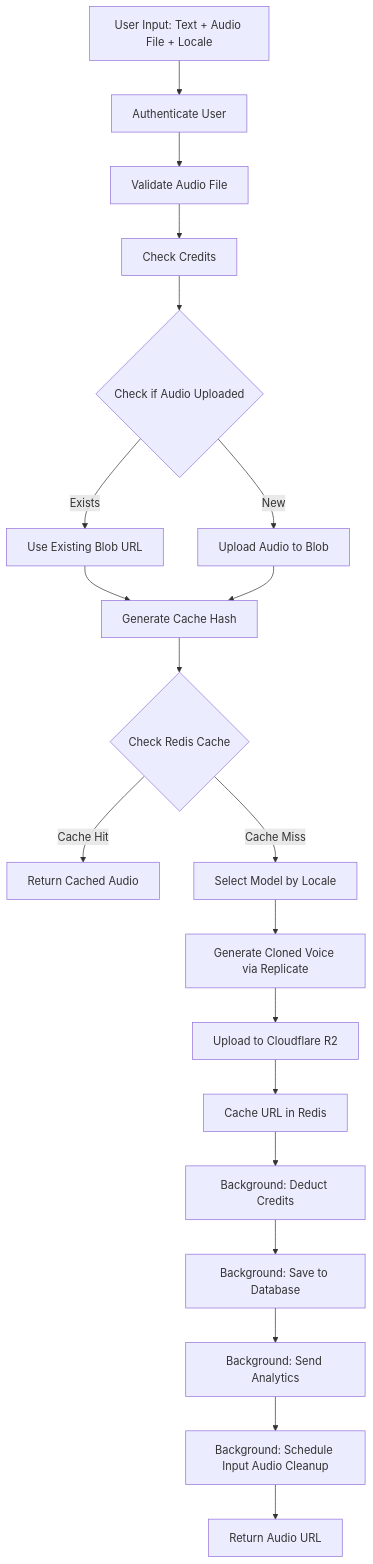
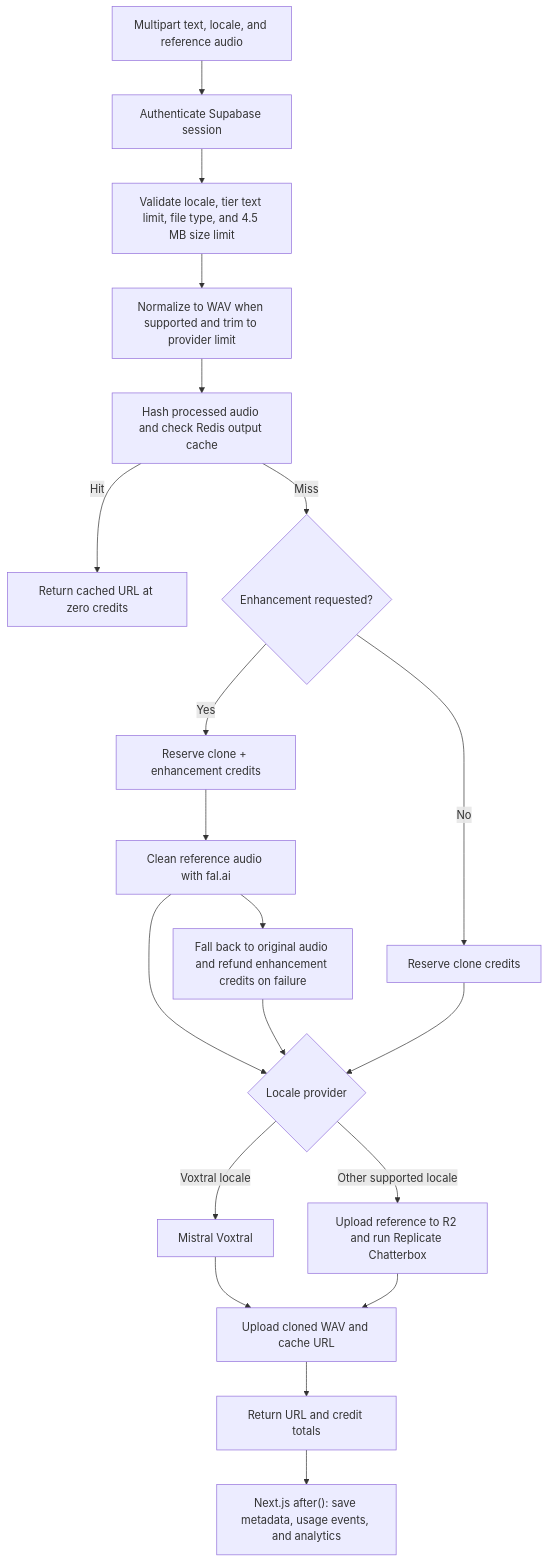
Before and after one commit to gianpaj/sexyvoice: the fourth of 5 diagrams in ARCHITECTURE.md, drawn with Mermaid. The commit also changed other lines of this file, not shown here.

Commit message:
docs: Refresh architecture overview

````diff
--- a/ARCHITECTURE.md
+++ b/ARCHITECTURE.md
@@ -173,22 +197,22 @@
 ```mermaid
 flowchart TD
-    A[User Input: Text + Audio File + Locale] --> B[Authenticate User]
-    B --> C[Validate Audio File]
-    C --> D[Check Credits]
-    D --> E{Check if Audio Uploaded}
-    E -->|Exists| F[Use Existing Blob URL]
-    E -->|New| G[Upload Audio to Blob]
-    F --> H[Generate Cache Hash]
-    G --> H
-    H --> I{Check Redis Cache}
-    I -->|Cache Hit| J[Return Cached Audio]
-    I -->|Cache Miss| K[Select Model by Locale]
-    K --> L[Generate Cloned Voice via Replicate]
-    L --> M[Upload to Cloudflare R2]
-    M --> N[Cache URL in Redis]
-    N --> O[Background: Deduct Credits]
-    O --> P[Background: Save to Database]
-    P --> Q[Background: Send Analytics]
-    Q --> R[Background: Schedule Input Audio Cleanup]
-    R --> S[Return Audio URL]
+    A["Multipart text, locale, and reference audio"] --> B["Authenticate Supabase session"]
+    B --> C["Validate locale, tier text limit, file type, and 4.5 MB size limit"]
+    C --> D["Normalize to WAV when supported and trim to provider limit"]
+    D --> E["Hash processed audio and check Redis output cache"]
+    E -->|"Hit"| F["Return cached URL at zero credits"]
+    E -->|"Miss"| G{"Enhancement requested?"}
+    G -->|"Yes"| H["Reserve clone + enhancement credits"]
+    H --> I["Clean reference audio with fal.ai"]
+    I --> J["Fall back to original audio and refund enhancement credits on failure"]
+    G -->|"No"| K["Reserve clone credits"]
+    I --> L{"Locale provider"}
+    J --> L
+    K --> L
+    L -->|"Voxtral locale"| M["Mistral Voxtral"]
+    L -->|"Other supported locale"| N["Upload reference to R2 and run Replicate Chatterbox"]
+    M --> O["Upload cloned WAV and cache URL"]
+    N --> O
+    O --> P["Return URL and credit totals"]
+    P --> Q["Next.js after(): save metadata, usage events, and analytics"]
 ```
````
